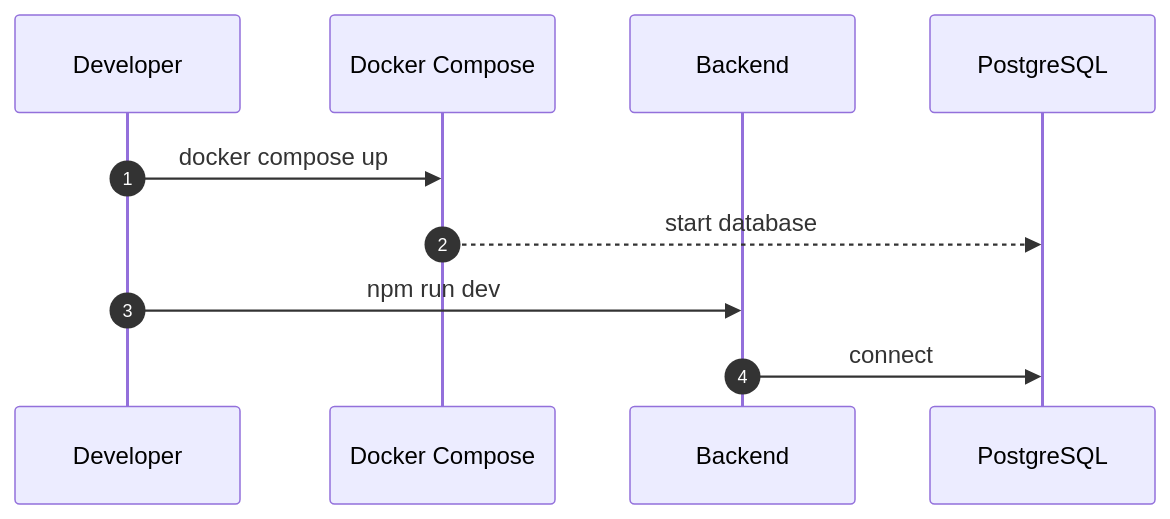
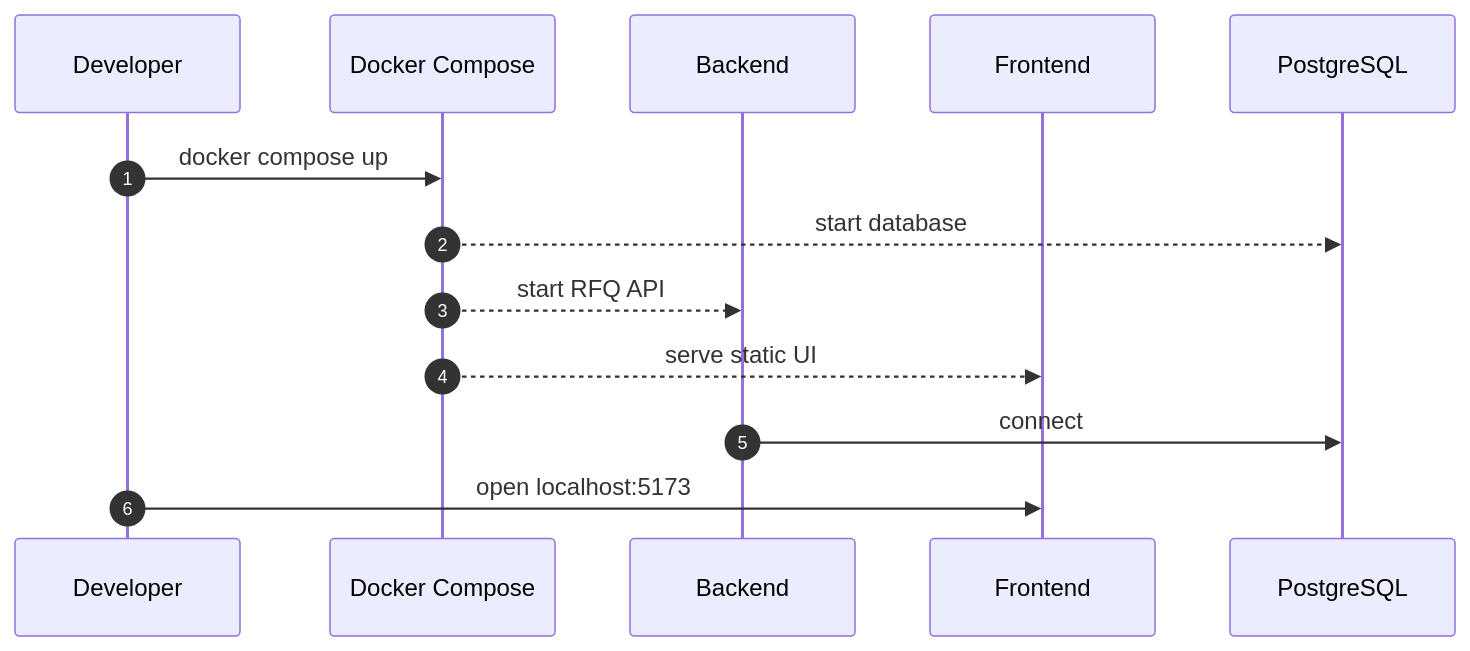
Before and after one commit to alvis-ai/production-grade-web3-rfq-market-maker: the second of 3 diagrams in book/Volume7-ProductionDeployment/Chapter01-Docker.md, drawn with Mermaid. The commit also changed other lines of this file and 8 other files, not shown here.

Commit message:
feat: run app services in compose

````diff
--- a/book/Volume7-ProductionDeployment/Chapter01-Docker.md
+++ b/book/Volume7-ProductionDeployment/Chapter01-Docker.md
@@ -74,13 +75,16 @@
 ```mermaid
 sequenceDiagram
   autonumber
   participant Dev as Developer
   participant Compose as Docker Compose
   participant Backend
+  participant Frontend
   participant DB as PostgreSQL
 
   Dev->>Compose: docker compose up
   Compose-->>DB: start database
-  Dev->>Backend: npm run dev
+  Compose-->>Backend: start RFQ API
+  Compose-->>Frontend: serve static UI
   Backend->>DB: connect
+  Dev->>Frontend: open localhost:5173
 ```
````
